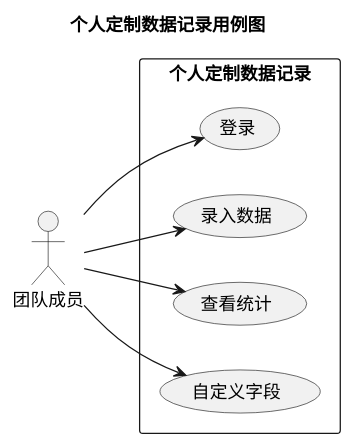
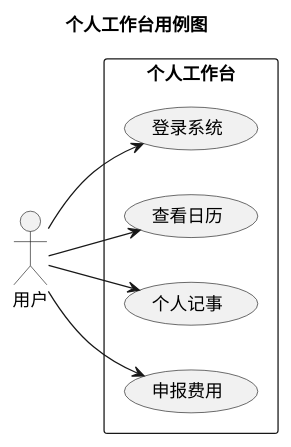
Before and after one commit to LampingSu/ocagents: the third of 6 diagrams in 产品资料/0_需求/ConDili_软件需求规格说明书.md, drawn with PlantUML. The commit also changed other lines of this file and 3 other files, not shown here.

````diff
--- a/产品资料/0_需求/ConDili_软件需求规格说明书.md
+++ b/产品资料/0_需求/ConDili_软件需求规格说明书.md
@@ -232,14 +67,14 @@
 ```plantuml
 @startuml
-title 个人定制数据记录用例图
+title 个人工作台用例图
 left to right direction
-actor 团队成员
+actor 用户
 
-rectangle "个人定制数据记录" {
-  团队成员 --> (登录)
-  团队成员 --> (录入数据)
-  团队成员 --> (查看统计)
-  团队成员 --> (自定义字段)
+rectangle "个人工作台" {
+  用户 --> (登录系统)
+  用户 --> (查看日历)
+  用户 --> (个人记事)
+  用户 --> (申报费用)
 }
 @enduml
 ```
````
